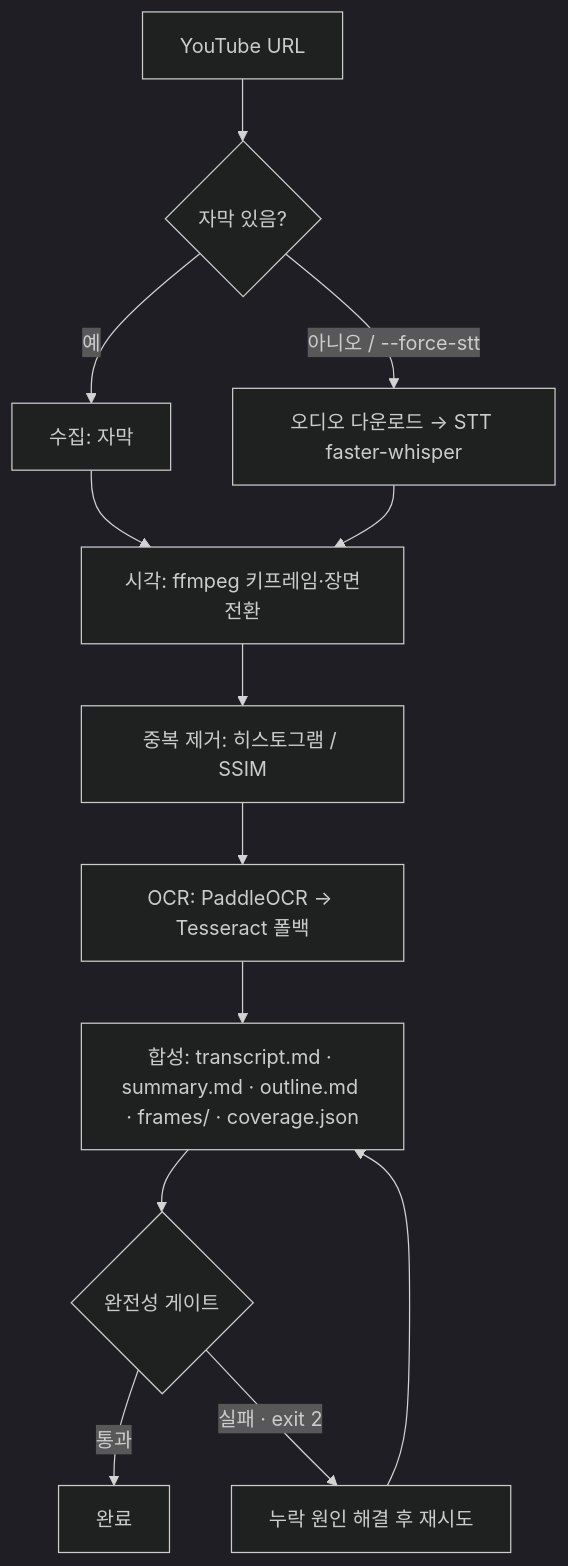
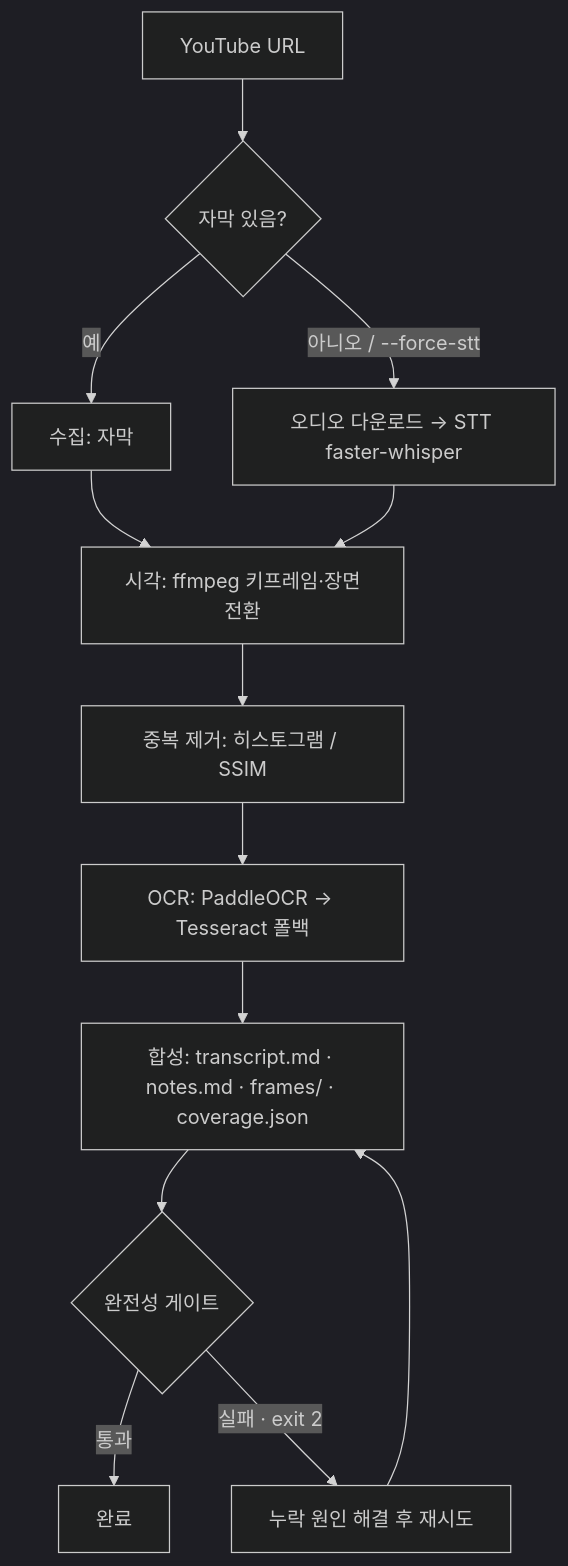
One commit to haesol-shin/lectural changed the diagram in README.md. Above: the diagram before and after it, drawn with Mermaid (dark theme). The commit also changed other lines of this file and 17 other files, not shown here.

````diff
--- a/README.md
+++ b/README.md
@@ -21,15 +21,15 @@
 ```mermaid
 flowchart TD
     A[YouTube URL] --> B{자막 있음?}
     B -->|예| C[수집: 자막]
     B -->|아니오 / --force-stt| D[오디오 다운로드 → STT faster-whisper]
     C --> E[시각: ffmpeg 키프레임·장면전환]
     D --> E
     E --> F[중복 제거: 히스토그램 / SSIM]
     F --> G[OCR: PaddleOCR → Tesseract 폴백]
-    G --> H[합성: transcript.md · summary.md · outline.md · frames/ · coverage.json]
+    G --> H[합성: transcript.md · notes.md · frames/ · coverage.json]
     H --> I{완전성 게이트}
     I -->|통과| J[완료]
     I -->|실패 · exit 2| K[누락 원인 해결 후 재시도]
     K --> H
 ```
````
